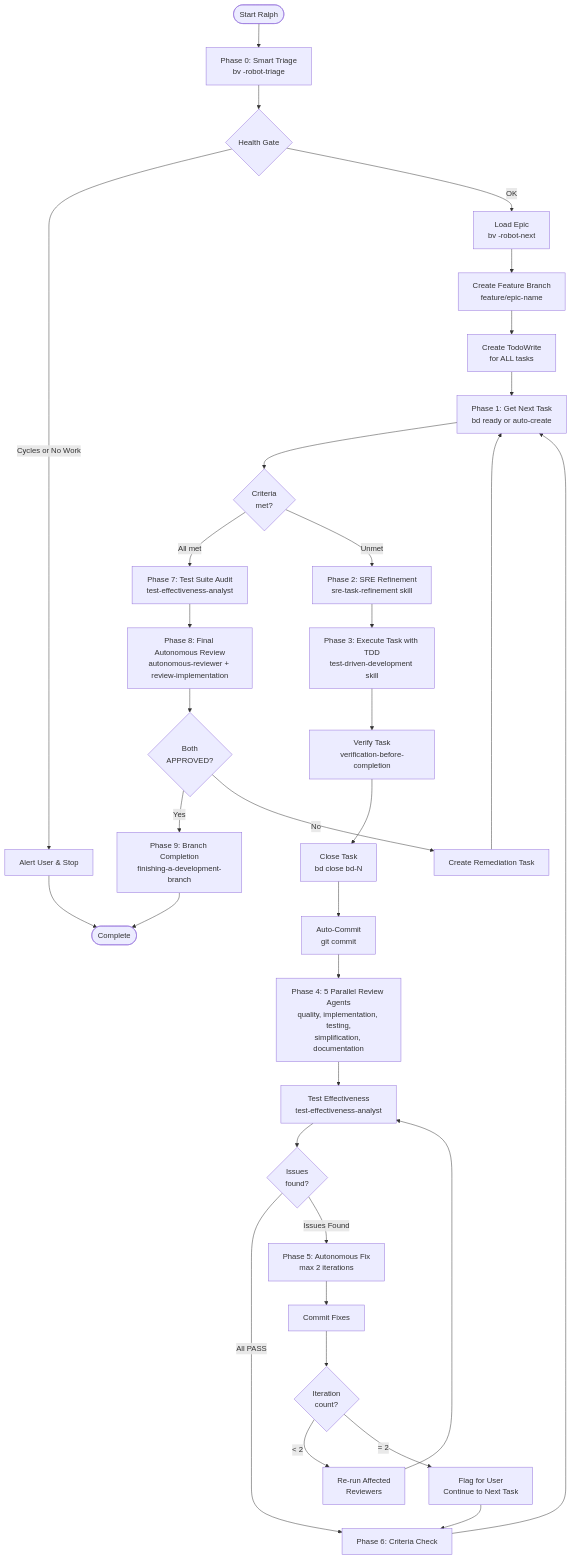
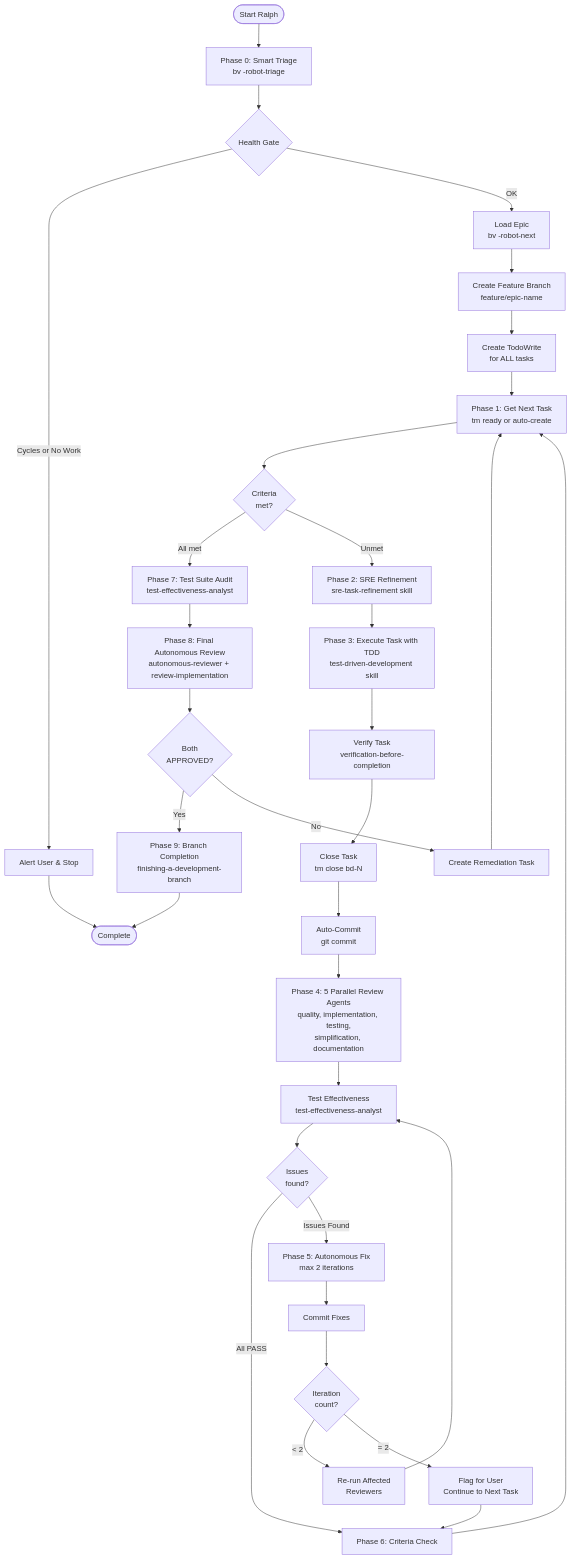
Before and after one commit to dpolishuk/myhyperpowers: the diagram in skills/execute-ralph/SKILL.md, drawn with Mermaid. The commit also changed other lines of this file and 30 other files, not shown here.

````diff
--- a/skills/execute-ralph/SKILL.md
+++ b/skills/execute-ralph/SKILL.md
@@ -8,43 +8,43 @@
 ```mermaid
 flowchart TD
     BEGIN([Start Ralph]) --> TRIAGE[Phase 0: Smart Triage<br/>bv -robot-triage]
     TRIAGE --> HEALTH{Health Gate}
     HEALTH -->|Cycles or No Work| ALERT[Alert User & Stop]
     HEALTH -->|OK| LOAD[Load Epic<br/>bv -robot-next]
     LOAD --> BRANCH[Create Feature Branch<br/>feature/epic-name]
     BRANCH --> TODO[Create TodoWrite<br/>for ALL tasks]
-    TODO --> GETTASK[Phase 1: Get Next Task<br/>bd ready or auto-create]
+    TODO --> GETTASK[Phase 1: Get Next Task<br/>tm ready or auto-create]
 
     GETTASK --> NOCRIT{Criteria<br/>met?}
     NOCRIT -->|All met| TESTAUDIT[Phase 7: Test Suite Audit<br/>test-effectiveness-analyst]
     NOCRIT -->|Unmet| REFINE[Phase 2: SRE Refinement<br/>sre-task-refinement skill]
 
     REFINE --> TDD[Phase 3: Execute Task with TDD<br/>test-driven-development skill]
     TDD --> VERIFYTASK[Verify Task<br/>verification-before-completion]
-    VERIFYTASK --> CLOSE[Close Task<br/>bd close bd-N]
+    VERIFYTASK --> CLOSE[Close Task<br/>tm close bd-N]
     CLOSE --> COMMIT[Auto-Commit<br/>git commit]
     COMMIT --> REVIEW[Phase 4: 5 Parallel Review Agents<br/>quality, implementation, testing,<br/>simplification, documentation]
 
     REVIEW --> TESTEFF[Test Effectiveness<br/>test-effectiveness-analyst]
     TESTEFF --> ISSUES{Issues<br/>found?}
     ISSUES -->|All PASS| CRITCHECK[Phase 6: Criteria Check]
     ISSUES -->|Issues Found| FIX[Phase 5: Autonomous Fix<br/>max 2 iterations]
 
     FIX --> FIXCOMMIT[Commit Fixes]
     FIXCOMMIT --> RECHECK{Iteration<br/>count?}
     RECHECK -->|< 2| REREVIEW[Re-run Affected<br/>Reviewers]
     REREVIEW --> TESTEFF
     RECHECK -->|= 2| FLAG[Flag for User<br/>Continue to Next Task]
     FLAG --> CRITCHECK
 
     CRITCHECK --> GETTASK
 
     TESTAUDIT --> FINAL[Phase 8: Final Autonomous Review<br/>autonomous-reviewer + review-implementation]
     FINAL --> APPROVED{Both<br/>APPROVED?}
     APPROVED -->|Yes| COMPLETE[Phase 9: Branch Completion<br/>finishing-a-development-branch]
     APPROVED -->|No| REMEDIATE[Create Remediation Task]
     REMEDIATE --> GETTASK
 
     ALERT --> END([Complete])
     COMPLETE --> END
 ```
````
